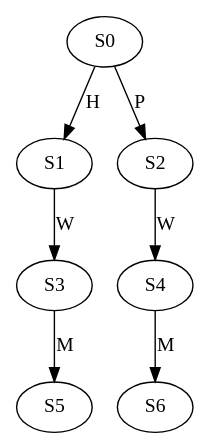
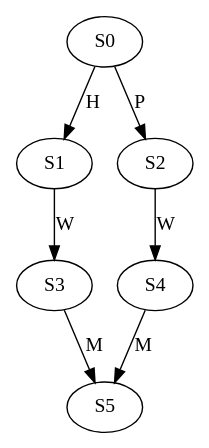
One commit to Kuanhao-Chao/Wheeler_Graph_Toolkit changed the diagram in data/graph/GT_vs_WGT/DeBruijnG_AA/Human_LEAP2_orthologues_AA_k_3_l_3_a_4.dot. Above: the diagram before and after it, drawn with Graphviz. The commit also changed 1989 other files, not shown here.

Commit message:
Add non-collapsed De Bruijn Graph

```diff
--- a/data/graph/GT_vs_WGT/DeBruijnG_AA/Human_LEAP2_orthologues_AA_k_3_l_3_a_4.dot
+++ b/data/graph/GT_vs_WGT/DeBruijnG_AA/Human_LEAP2_orthologues_AA_k_3_l_3_a_4.dot
@@ -1,8 +1,8 @@
 strict digraph  {
 	S0 -> S1 [ label = H ];
 	S0 -> S2 [ label = P ];
 	S1 -> S3 [ label = W ];
 	S2 -> S4 [ label = W ];
 	S3 -> S5 [ label = M ];
-	S4 -> S6 [ label = M ];
+	S4 -> S5 [ label = M ];
 }
```
